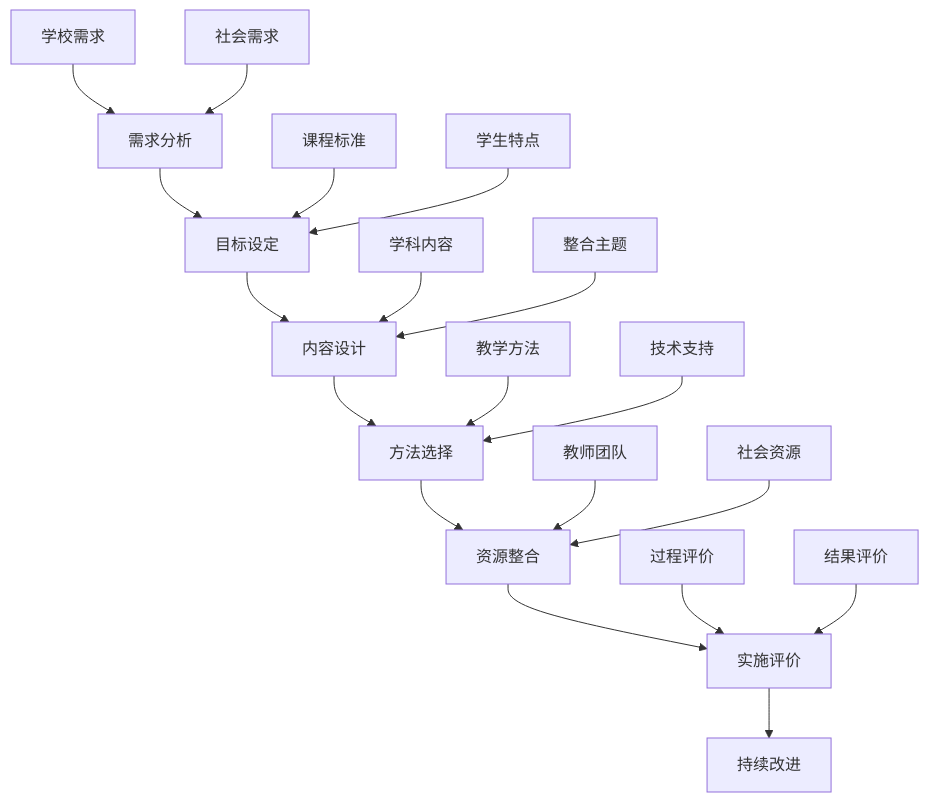
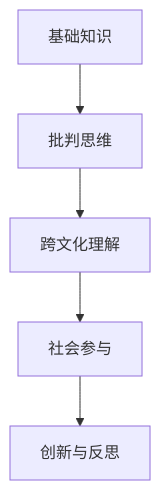
Before and after one commit to AdaMartin18010/SeniorEnducation: the fourth of 5 diagrams in 02-核心学科理论/04-人文社科整合教育.md, drawn with Mermaid. The commit also changed other lines of this file and 6 other files, not shown here.

````diff
--- a/02-核心学科理论/04-人文社科整合教育.md
+++ b/02-核心学科理论/04-人文社科整合教育.md
@@ -288,27 +270,7 @@
 ```mermaid
 graph TD
-    A[需求分析] --> B[目标设定]
-    B --> C[内容设计]
-    C --> D[方法选择]
-    D --> E[资源整合]
-    E --> F[实施评价]
-    F --> G[持续改进]
-    
-    H[学校需求] --> A
-    I[社会需求] --> A
-    
-    J[课程标准] --> B
-    K[学生特点] --> B
-    
-    L[学科内容] --> C
-    M[整合主题] --> C
-    
-    N[教学方法] --> D
-    O[技术支持] --> D
-    
-    P[教师团队] --> E
-    Q[社会资源] --> E
-    
-    R[过程评价] --> F
-    S[结果评价] --> F
+    A[基础知识] --> B[批判思维]
+    B --> C[跨文化理解]
+    C --> D[社会参与]
+    D --> E[创新与反思]
 ```
````
